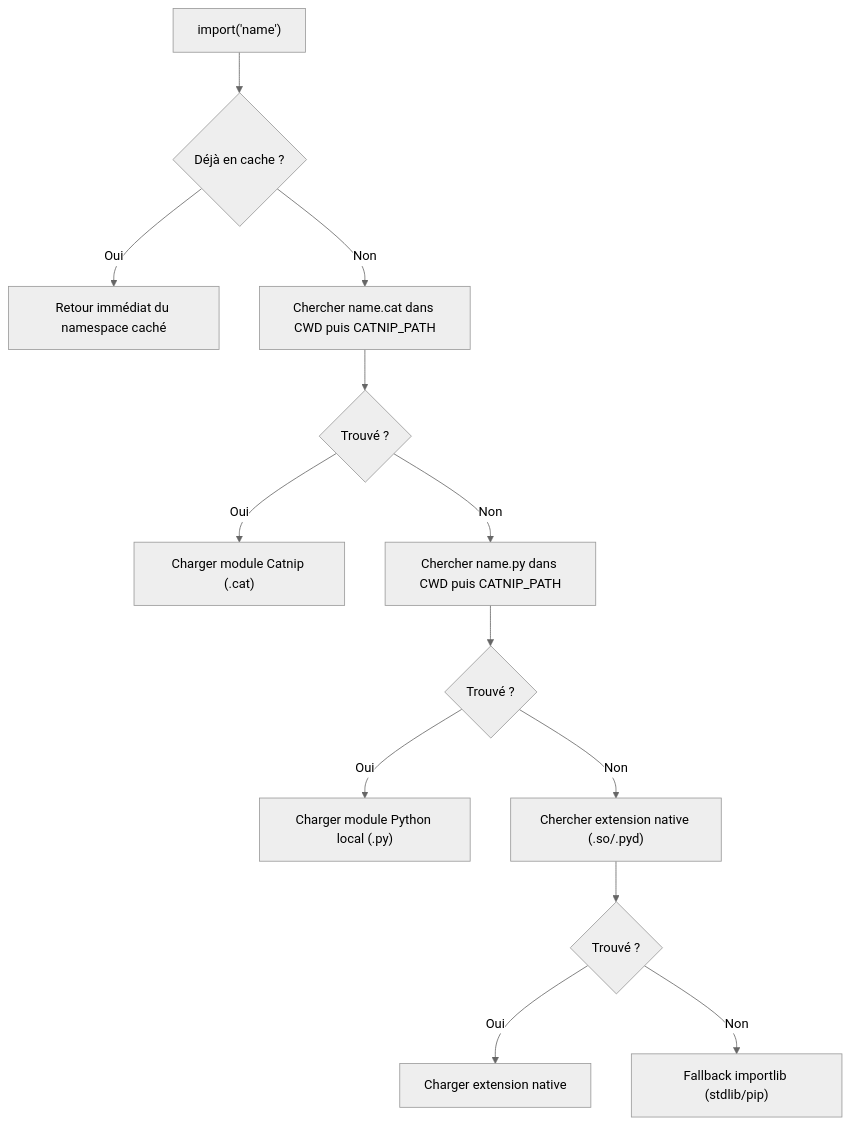
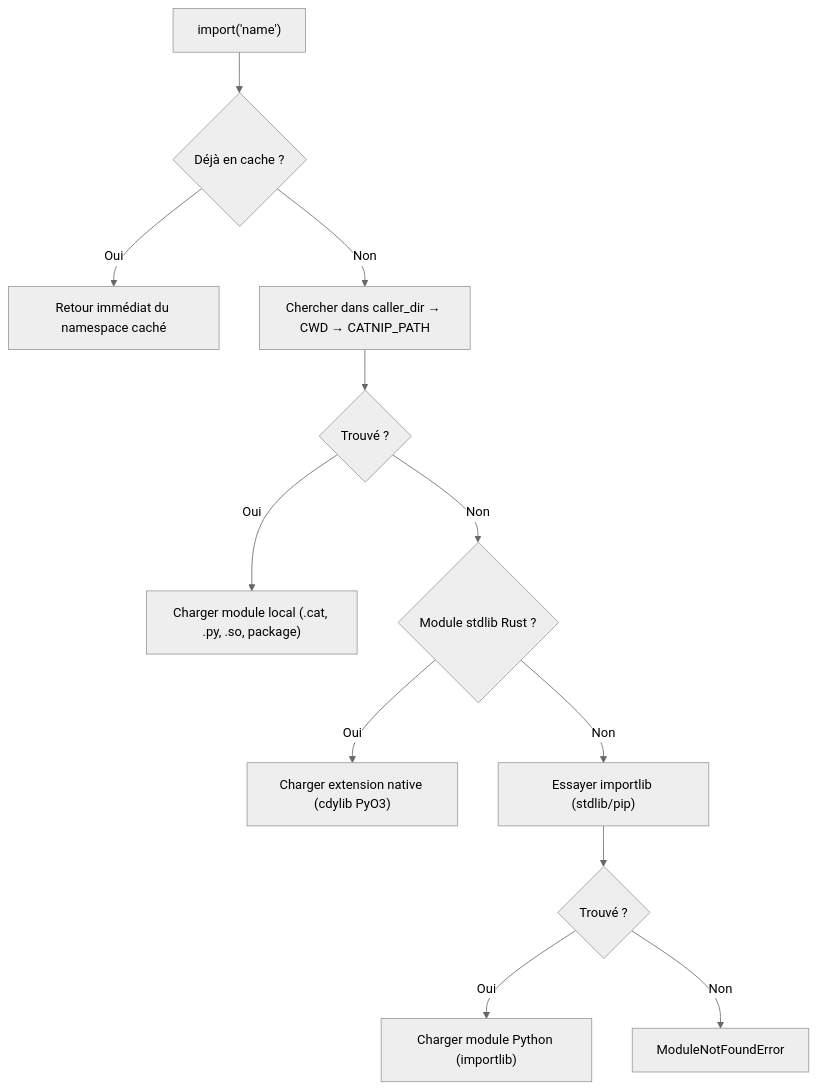
Before and after one commit to aristofor/catnip: the first of 2 diagrams in docs/user/MODULE_LOADING.md, drawn with Mermaid (neutral theme). The commit also changed other lines of this file and 729 other files, not shown here.

````diff
--- a/docs/user/MODULE_LOADING.md
+++ b/docs/user/MODULE_LOADING.md
@@ -107,15 +59,14 @@
 ```mermaid
 flowchart TD
     A["import('name')"] --> B{"Déjà en cache ?"}
     B -->|Oui| C["Retour immédiat du namespace caché"]
-    B -->|Non| D["Chercher name.cat dans CWD puis CATNIP_PATH"]
+    B -->|Non| D["Chercher dans caller_dir → CWD → CATNIP_PATH"]
     D --> E{"Trouvé ?"}
-    E -->|Oui| F["Charger module Catnip (.cat)"]
-    E -->|Non| G["Chercher name.py dans CWD puis CATNIP_PATH"]
-    G --> H{"Trouvé ?"}
-    H -->|Oui| I["Charger module Python local (.py)"]
-    H -->|Non| J["Chercher extension native (.so/.pyd)"]
-    J --> K{"Trouvé ?"}
-    K -->|Oui| L["Charger extension native"]
-    K -->|Non| M["Fallback importlib (stdlib/pip)"]
+    E -->|Oui| F["Charger module local (.cat, .py, .so, package)"]
+    E -->|Non| B2{"Module stdlib Rust ?"}
+    B2 -->|Oui| B3["Charger extension native (cdylib PyO3)"]
+    B2 -->|Non| IL["Essayer importlib (stdlib/pip)"]
+    IL --> IL2{"Trouvé ?"}
+    IL2 -->|Oui| IL3["Charger module Python (importlib)"]
+    IL2 -->|Non| ERR["ModuleNotFoundError"]
 ```
````
